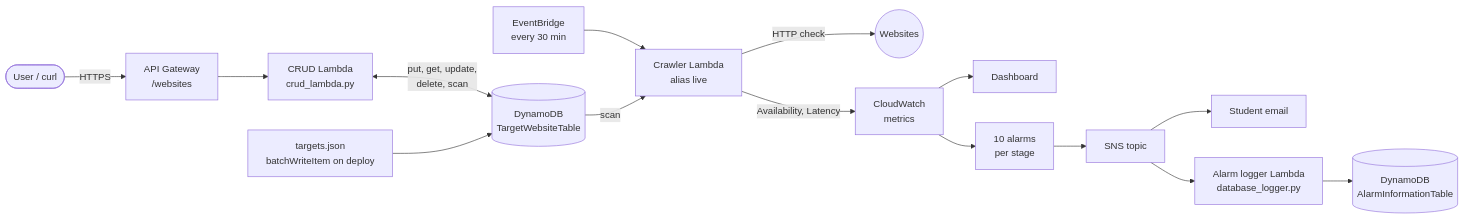
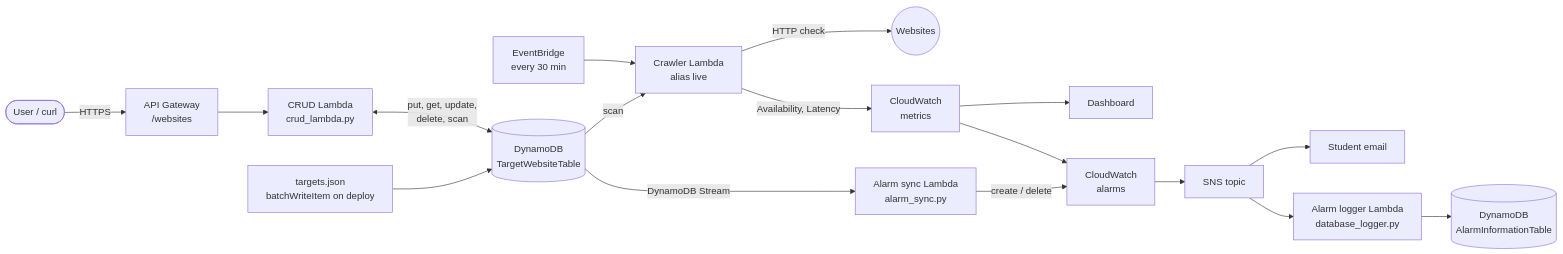
The diagram in Harisha/README.md (Hari22209/WSU2026-), drawn with Mermaid before and after one commit. The commit also changed other lines of this file and 5 other files, not shown here.

Commit message:
Create alarms for API-added websites using a DynamoDB Stream

````diff
--- a/Harisha/README.md
+++ b/Harisha/README.md
@@ -36,17 +36,19 @@
 ```mermaid
 flowchart LR
     user([User / curl]) -->|HTTPS| api[API Gateway<br/>/websites]
     api --> crud[CRUD Lambda<br/>crud_lambda.py]
     crud <-->|put, get, update,<br/>delete, scan| targets[(DynamoDB<br/>TargetWebsiteTable)]
     seed[targets.json<br/>batchWriteItem on deploy] --> targets
     rule[EventBridge<br/>every 30 min] --> crawler[Crawler Lambda<br/>alias live]
     targets -->|scan| crawler
     crawler -->|HTTP check| sites((Websites))
     crawler -->|Availability, Latency| cw[CloudWatch<br/>metrics]
     cw --> dash[Dashboard]
-    cw --> alarms[10 alarms<br/>per stage]
+    cw --> alarms[CloudWatch<br/>alarms]
+    targets -->|DynamoDB Stream| sync[Alarm sync Lambda<br/>alarm_sync.py]
+    sync -->|create / delete| alarms
     alarms --> sns[SNS topic]
     sns --> email[Student email]
     sns --> logger[Alarm logger Lambda<br/>database_logger.py]
     logger --> history[(DynamoDB<br/>AlarmInformationTable)]
 ```
````
